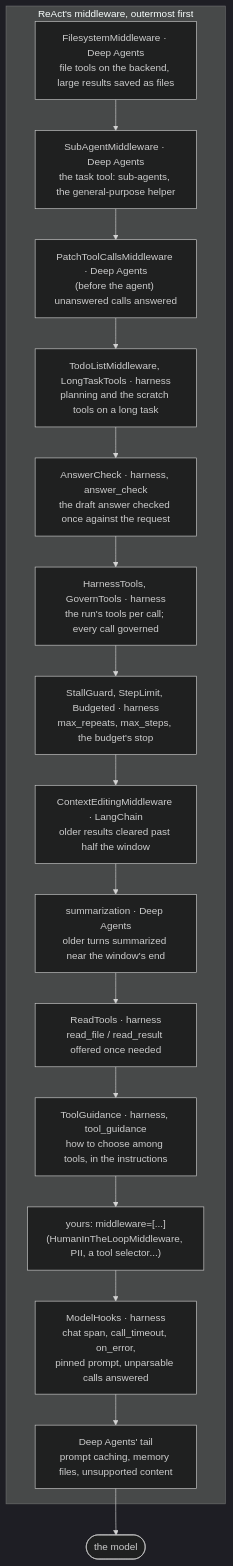
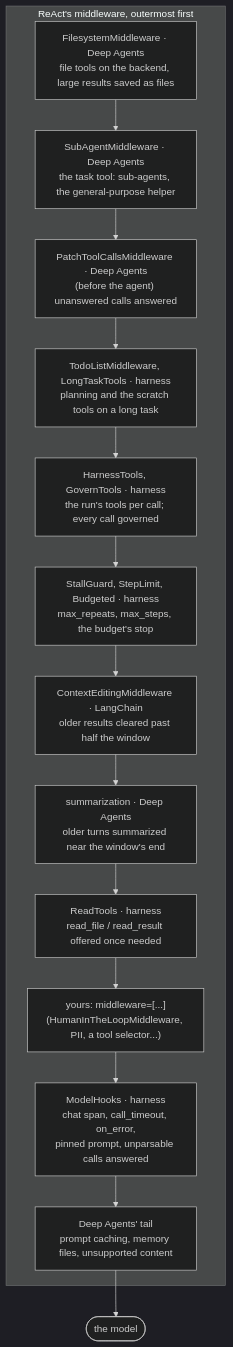
Before and after one commit to amitmohapatra/agent-harness: the ninth of 10 diagrams in docs/architecture.md, drawn with Mermaid (dark theme). The commit also changed other lines of this file and 24 other files, not shown here.

First line of the commit message:
Remove ReAct's tool guidance and answer check

````diff
--- a/docs/architecture.md
+++ b/docs/architecture.md
@@ -456,20 +456,18 @@
 ```mermaid
 flowchart TB
   subgraph stack["ReAct's middleware, outermost first"]
     fs["FilesystemMiddleware · Deep Agents<br/>file tools on the backend, large results saved as files"]
     sa["SubAgentMiddleware · Deep Agents<br/>the task tool: sub-agents, the general-purpose helper"]
     pt["PatchToolCallsMiddleware · Deep Agents<br/>(before the agent) unanswered calls answered"]
     pl["TodoListMiddleware, LongTaskTools · harness<br/>planning and the scratch tools on a long task"]
-    ac["AnswerCheck · harness, answer_check<br/>the draft answer checked once against the request"]
     ht["HarnessTools, GovernTools · harness<br/>the run's tools per call; every call governed"]
     sg["StallGuard, StepLimit, Budgeted · harness<br/>max_repeats, max_steps, the budget's stop"]
     ce["ContextEditingMiddleware · LangChain<br/>older results cleared past half the window"]
     su["summarization · Deep Agents<br/>older turns summarized near the window's end"]
     rt["ReadTools · harness<br/>read_file / read_result offered once needed"]
-    tg["ToolGuidance · harness, tool_guidance<br/>how to choose among tools, in the instructions"]
     yours["yours: middleware=[...]<br/>(HumanInTheLoopMiddleware, PII, a tool selector...)"]
     mh["ModelHooks · harness<br/>chat span, call_timeout, on_error,<br/>pinned prompt, unparsable calls answered"]
     tail["Deep Agents' tail<br/>prompt caching, memory files, unsupported content"]
   end
-  fs --> sa --> pt --> pl --> ac --> ht --> sg --> ce --> su --> rt --> tg --> yours --> mh --> tail --> model(["the model"])
+  fs --> sa --> pt --> pl --> ht --> sg --> ce --> su --> rt --> yours --> mh --> tail --> model(["the model"])
 ```
````
